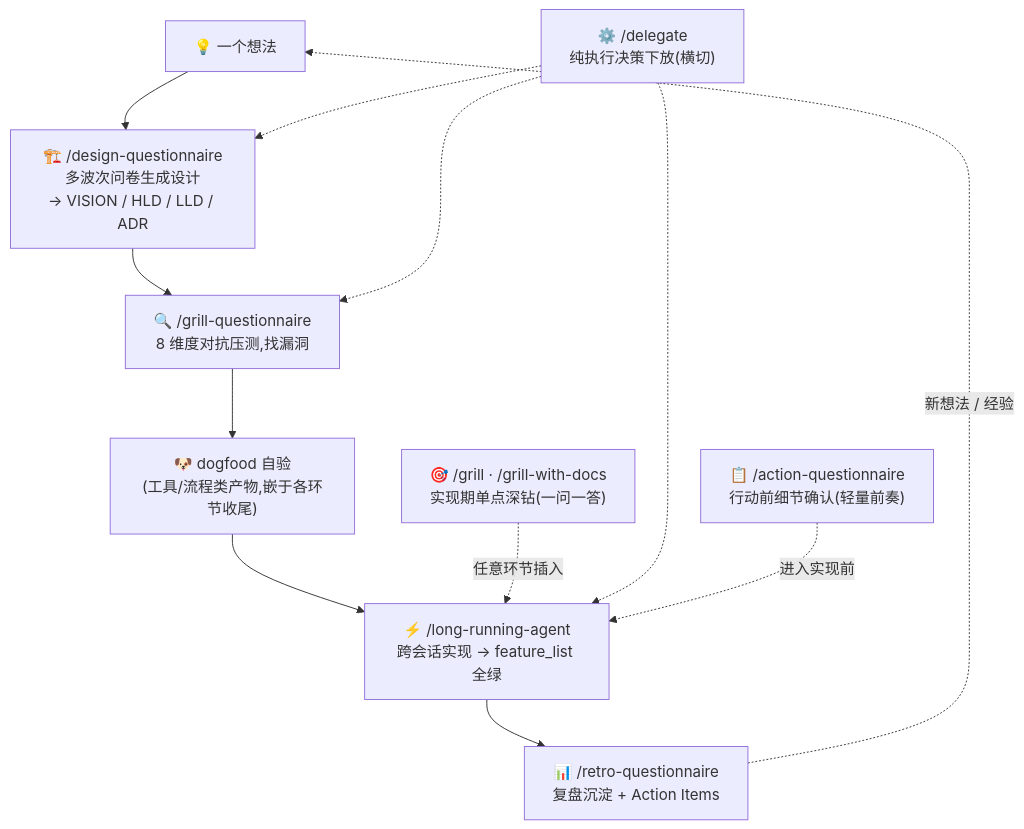
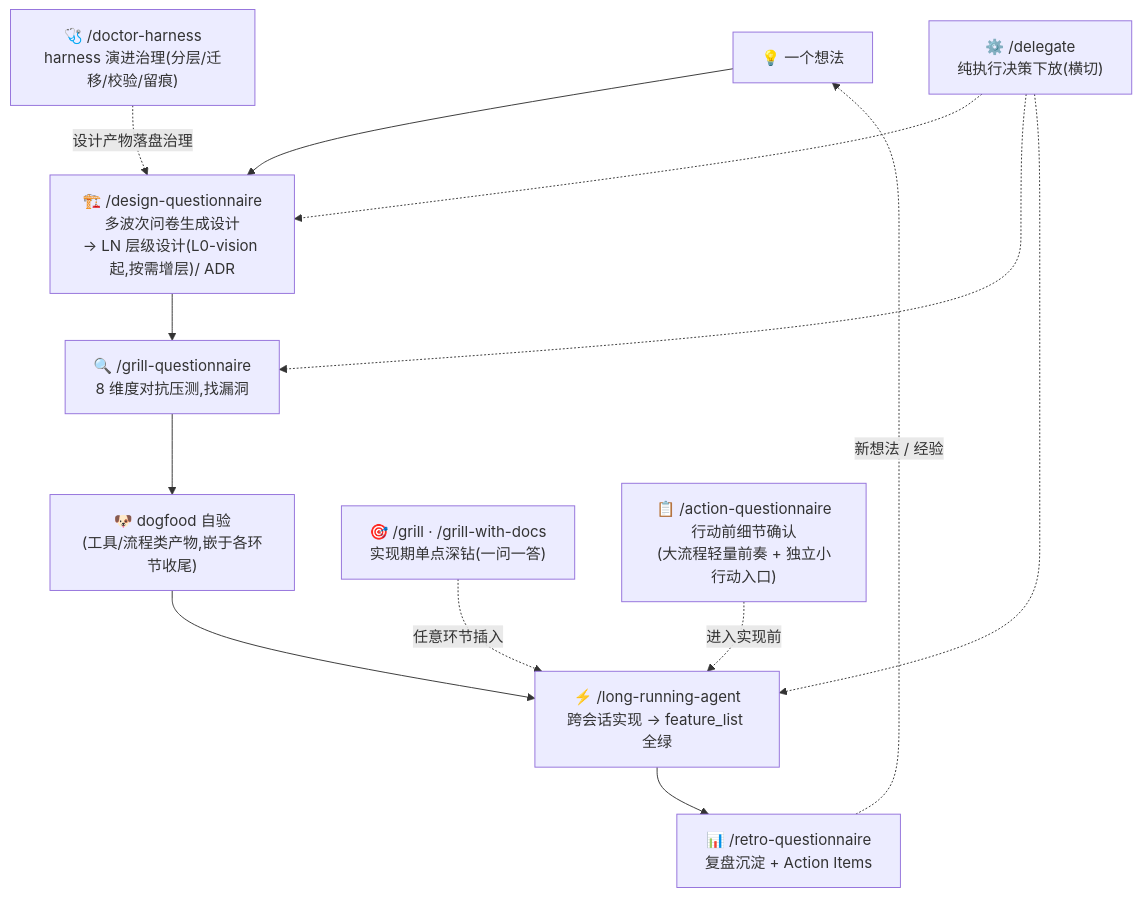
Before and after one commit to code-cycler/info-driven-ai-se-harness-engineering: the diagram in README.md, drawn with Mermaid. The commit also changed other lines of this file and 2 other files, not shown here.

````diff
--- a/README.md
+++ b/README.md
@@ -11,15 +23,16 @@
 ```mermaid
 flowchart TD
-    A["💡 一个想法"] --> B["🏗️ /design-questionnaire<br/>多波次问卷生成设计<br/>→ VISION / HLD / LLD / ADR"]
+    A["💡 一个想法"] --> B["🏗️ /design-questionnaire<br/>多波次问卷生成设计<br/>→ LN 层级设计(L0-vision 起,按需增层)/ ADR"]
     B --> C["🔍 /grill-questionnaire<br/>8 维度对抗压测,找漏洞"]
     C --> D["🐶 dogfood 自验<br/>(工具/流程类产物,嵌于各环节收尾)"]
     D --> E["⚡ /long-running-agent<br/>跨会话实现 → feature_list 全绿"]
     E --> F["📊 /retro-questionnaire<br/>复盘沉淀 + Action Items"]
     F -.->|新想法 / 经验| A
 
     G["🎯 /grill · /grill-with-docs<br/>实现期单点深钻(一问一答)"] -.->|任意环节插入| E
     H["⚙️ /delegate<br/>纯执行决策下放(横切)"] -.-> B
     H -.-> C
     H -.-> E
-    I["📋 /action-questionnaire<br/>行动前细节确认(轻量前奏)"] -.->|进入实现前| E
+    I["📋 /action-questionnaire<br/>行动前细节确认<br/>(大流程轻量前奏 + 独立小行动入口)"] -.->|进入实现前| E
+    J["🩺 /doctor-harness<br/>harness 演进治理(分层/迁移/校验/留痕)"] -.->|设计产物落盘治理| B
 ```
````
